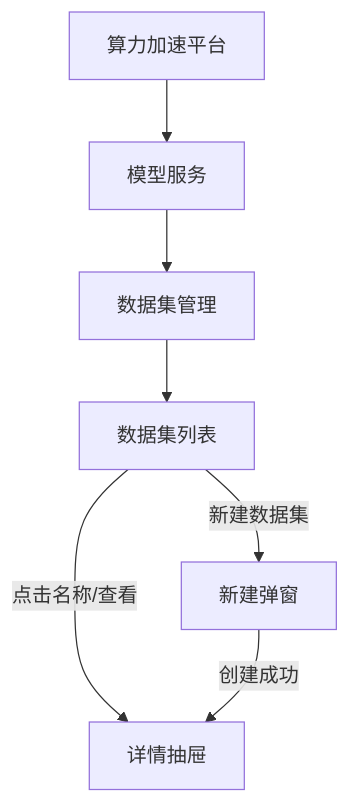
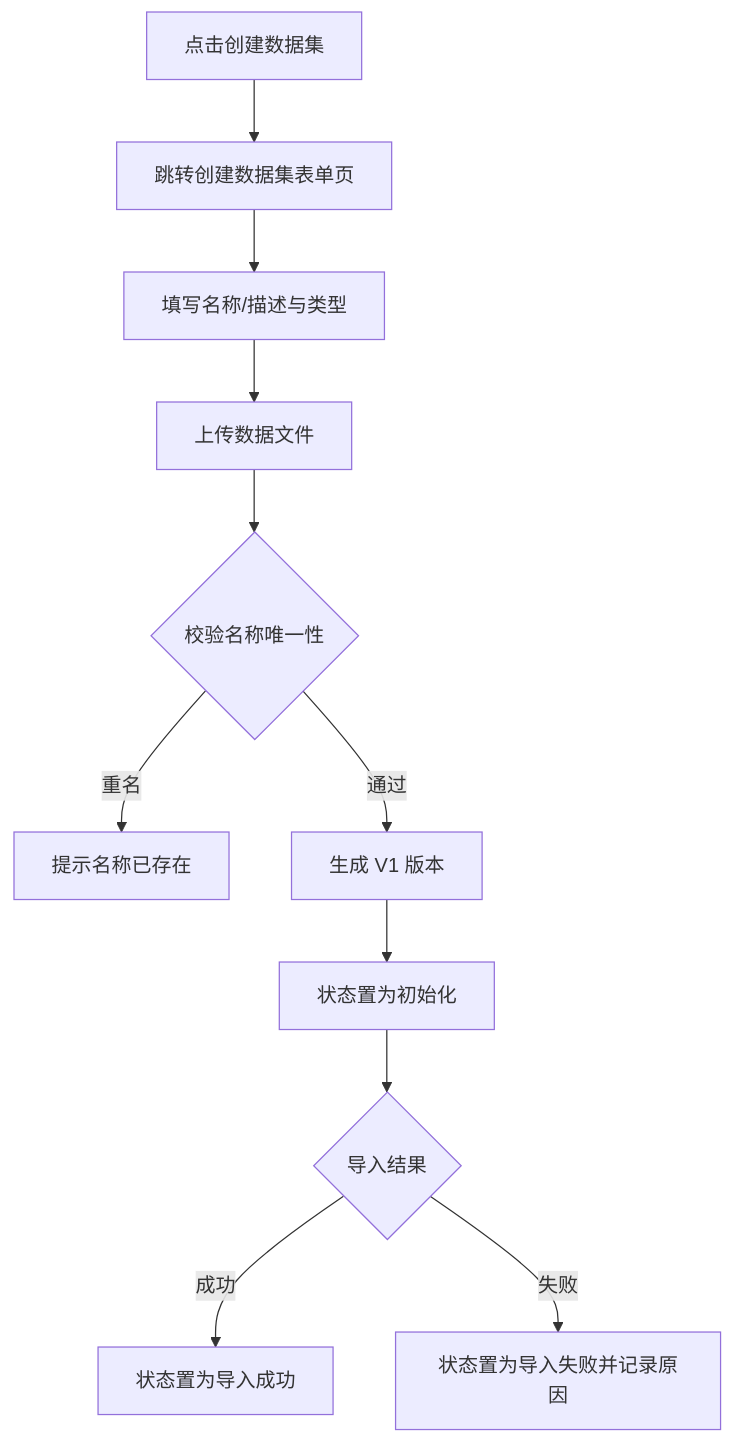
The second of 4 diagrams in src/pages/算力加速平台/数据管理/数据集管理/prd.md (MeehanCole/prototype-platform), drawn with Mermaid before and after one commit. The commit also changed other lines of this file and 23 other files, not shown here.

````diff
--- a/src/pages/算力加速平台/数据管理/数据集管理/prd.md
+++ b/src/pages/算力加速平台/数据管理/数据集管理/prd.md
@@ -207,9 +257,13 @@
 ```mermaid
 flowchart TD
-    A[算力加速平台] --> B[模型服务]
-    B --> C[数据集管理]
-    C --> D[数据集列表]
-    D -->|点击名称/查看| E[详情抽屉]
-    D -->|新建数据集| F[新建弹窗]
-    F -->|创建成功| E
+  A[点击创建数据集] --> P[跳转创建数据集表单页]
+  P --> B[填写名称/描述与类型]
+  B --> C[上传数据文件]
+  C --> D{校验名称唯一性}
+  D -- 重名 --> E[提示名称已存在]
+  D -- 通过 --> F[生成 V1 版本]
+  F --> G[状态置为初始化]
+  G --> H{导入结果}
+  H -- 成功 --> I[状态置为导入成功]
+  H -- 失败 --> J[状态置为导入失败并记录原因]
 ```
````
